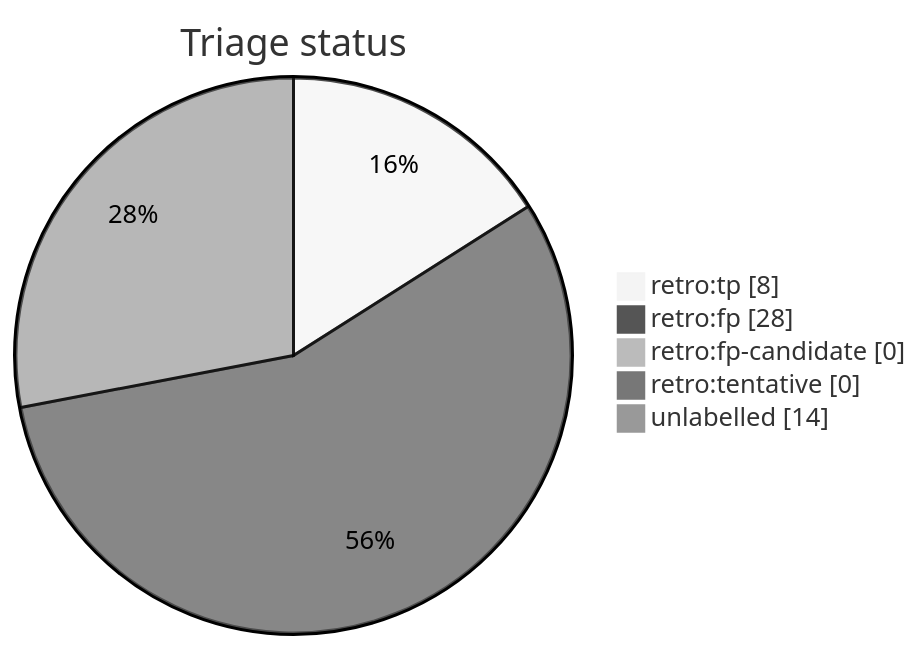
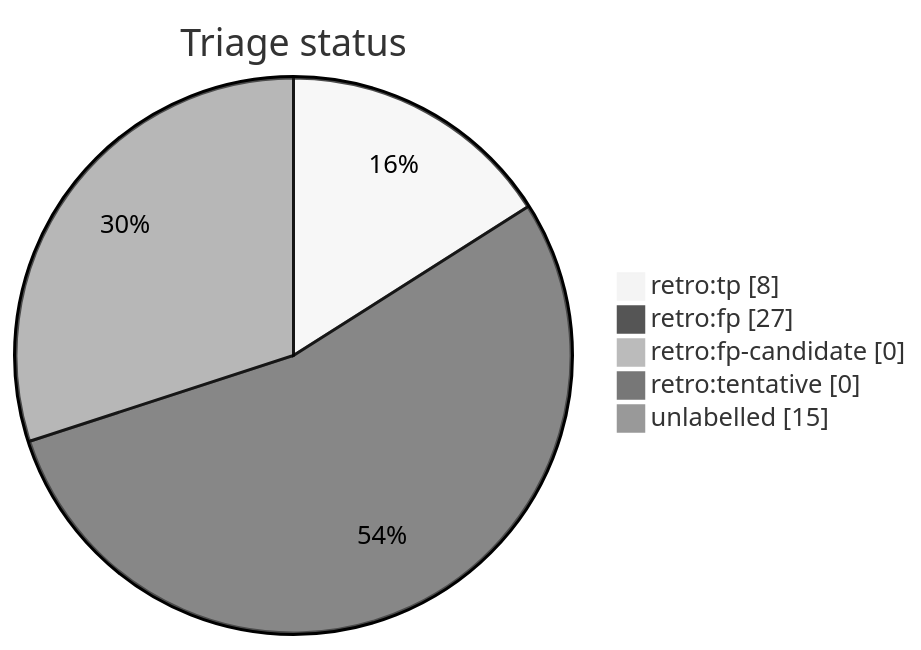
Before and after one commit to tvna/claude-md: the diagram in docs/generated/scripts/auto-retro-triage-report.md, drawn with Mermaid (neutral theme). The commit also changed other lines of this file, not shown here.

First line of the commit message:
chore(auto-retro): refresh triage report

````diff
--- a/docs/generated/scripts/auto-retro-triage-report.md
+++ b/docs/generated/scripts/auto-retro-triage-report.md
@@ -15,9 +15,9 @@
 ```mermaid
 pie showData
     title Triage status
     "retro:tp" : 8
-    "retro:fp" : 28
+    "retro:fp" : 27
     "retro:fp-candidate" : 0
     "retro:tentative" : 0
-    "unlabelled" : 14
+    "unlabelled" : 15
 ```
````
